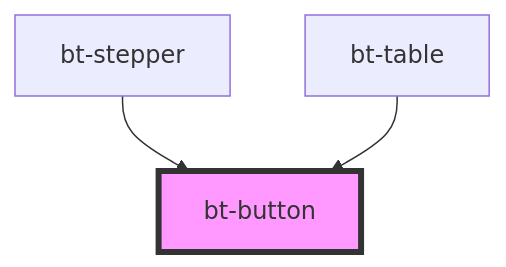
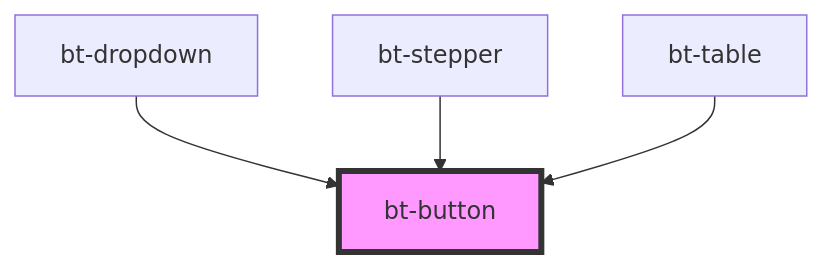
One commit to scbigtech/components changed the diagram in src/components/bt-button/readme.md. Above: the diagram before and after it, drawn with Mermaid. The commit also changed other lines of this file and 17 other files, not shown here.

````diff
--- a/src/components/bt-button/readme.md
+++ b/src/components/bt-button/readme.md
@@ -50,6 +51,7 @@
 ```mermaid
 graph TD;
+  bt-dropdown --> bt-button
   bt-stepper --> bt-button
   bt-table --> bt-button
   style bt-button fill:#f9f,stroke:#333,stroke-width:4px
 ```
````
